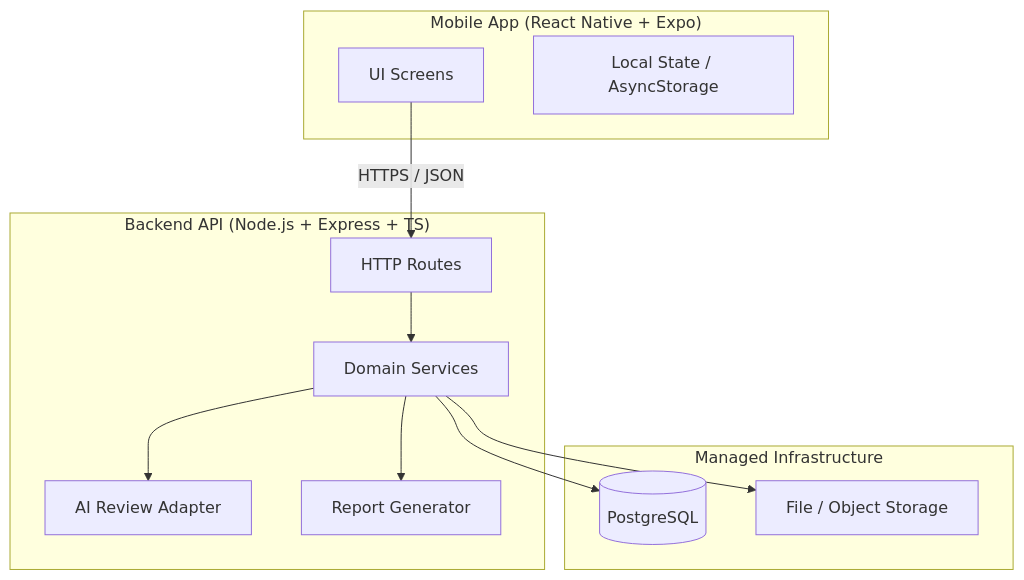
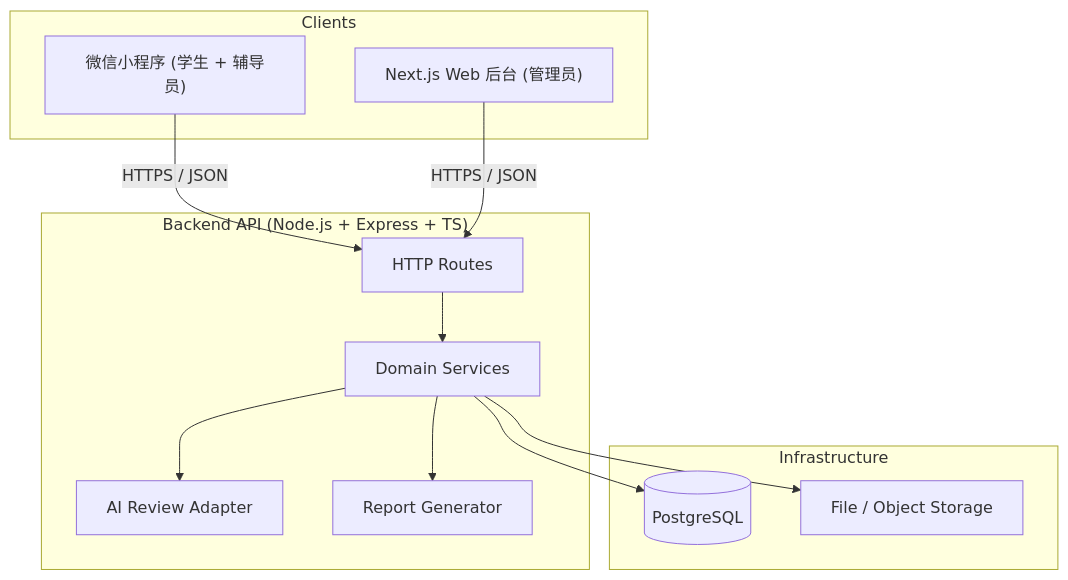
One commit to 1797127235/IdeoTrack changed the first of 4 diagrams in _bmad-output/planning-artifacts/architecture/architecture-IdeoTrack-2026-06-22/ARCHITECTURE-SPINE.md. Above: the diagram before and after it, drawn with Mermaid. The commit also changed other lines of this file and 10 other files, not shown here.

````diff
--- a/_bmad-output/planning-artifacts/architecture/architecture-IdeoTrack-2026-06-22/ARCHITECTURE-SPINE.md
+++ b/_bmad-output/planning-artifacts/architecture/architecture-IdeoTrack-2026-06-22/ARCHITECTURE-SPINE.md
@@ -34,23 +34,24 @@
 ```mermaid
 flowchart TB
-    subgraph Mobile["Mobile App (React Native + Expo)"]
-        UI[UI Screens]
-        Store[Local State / AsyncStorage]
+    subgraph Clients["Clients"]
+        MP["微信小程序 (学生 + 辅导员)"]
+        WEB["Next.js Web 后台 (管理员)"]
     end
     subgraph API["Backend API (Node.js + Express + TS)"]
         Routes[HTTP Routes]
         Services[Domain Services]
         LLM[AI Review Adapter]
         Jobs[Report Generator]
     end
-    subgraph Infra["Managed Infrastructure"]
+    subgraph Infra["Infrastructure"]
         PG[(PostgreSQL)]
         S3[File / Object Storage]
     end
-    UI -->|HTTPS / JSON| Routes
+    MP -->|HTTPS / JSON| Routes
+    WEB -->|HTTPS / JSON| Routes
     Routes --> Services
     Services --> PG
     Services --> S3
     Services --> LLM
     Services --> Jobs
 ```
````
